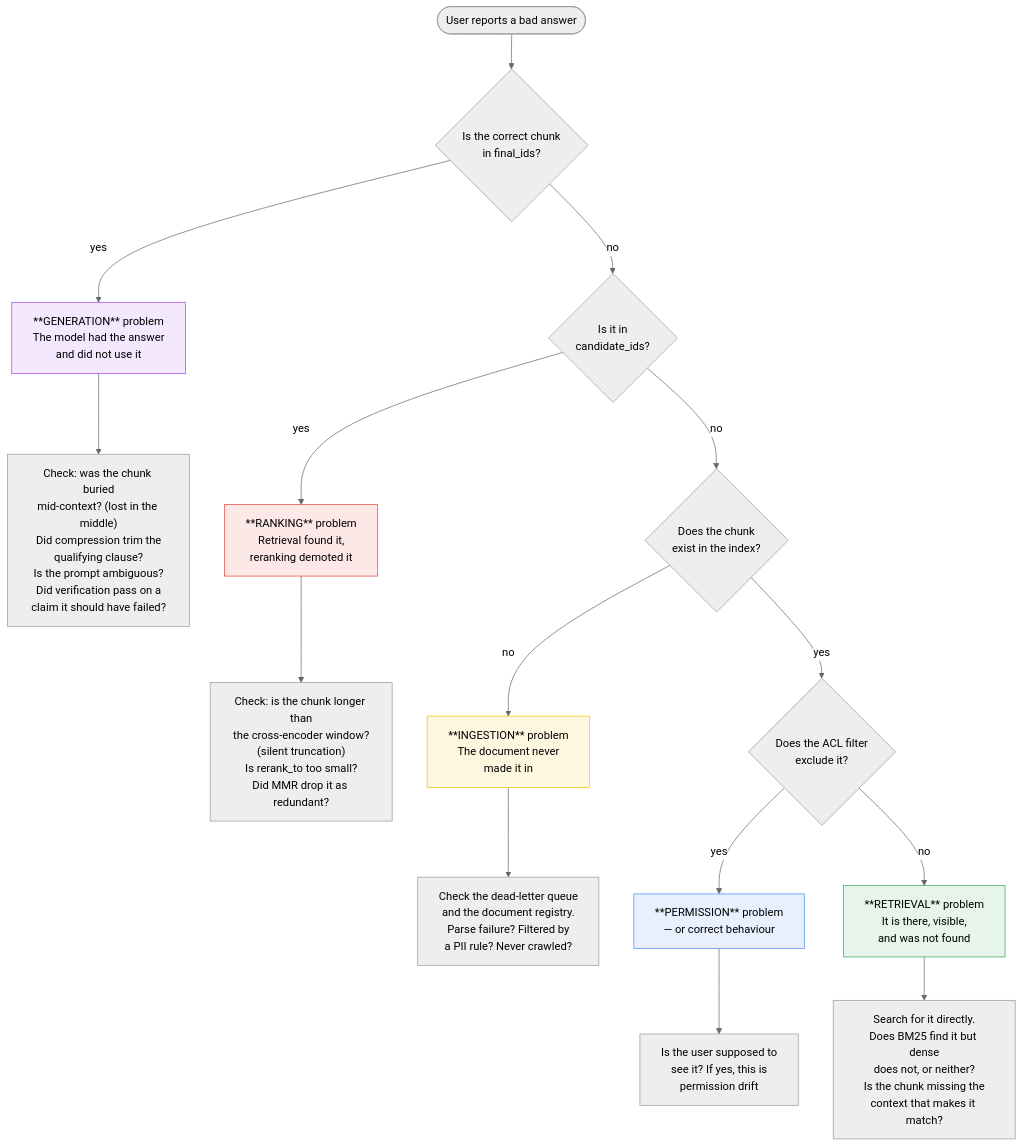
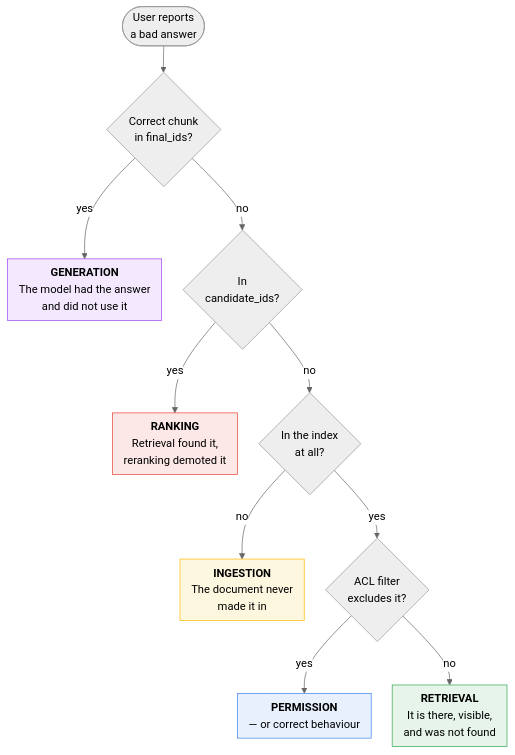
The first of 3 diagrams in rag/RAG_Operations.adoc (fibaneza/public-tmp), drawn with Mermaid (neutral theme) before and after one commit. The commit also changed other lines of this file and 19 other files, not shown here.

Commit message:
feat: add RAG observability guide, standardize mermaid diagrams, and update cross-references throughout documentation

```diff
--- a/rag/RAG_Operations.adoc
+++ b/rag/RAG_Operations.adoc
@@ -73,32 +80,28 @@
 [mermaid]
 ....
+%%{init: {"flowchart": {"nodeSpacing": 30, "rankSpacing": 38, "padding": 8}} }%%
 flowchart TB
-    S([User reports a bad answer]) --> Q1{Is the correct chunk<br/>in final_ids?}
+    S([User reports<br/>a bad answer]) --> Q1{Correct chunk<br/>in final_ids?}
 
-    Q1 -->|yes| G["**GENERATION** problem<br/>The model had the answer<br/>and did not use it"]
-    G --> G1["Check: was the chunk buried<br/>mid-context? (lost in the middle)<br/>Did compression trim the<br/>qualifying clause?<br/>Is the prompt ambiguous?<br/>Did verification pass on a<br/>claim it should have failed?"]
+    Q1 -->|yes| G["<b>GENERATION</b><br/>The model had the answer<br/>and did not use it"]
 
-    Q1 -->|no| Q2{Is it in<br/>candidate_ids?}
+    Q1 -->|no| Q2{In<br/>candidate_ids?}
 
-    Q2 -->|yes| R["**RANKING** problem<br/>Retrieval found it,<br/>reranking demoted it"]
-    R --> R1["Check: is the chunk longer than<br/>the cross-encoder window?<br/>(silent truncation)<br/>Is rerank_to too small?<br/>Did MMR drop it as redundant?"]
+    Q2 -->|yes| R["<b>RANKING</b><br/>Retrieval found it,<br/>reranking demoted it"]
 
-    Q2 -->|no| Q3{Does the chunk<br/>exist in the index?}
+    Q2 -->|no| Q3{In the index<br/>at all?}
 
-    Q3 -->|no| I["**INGESTION** problem<br/>The document never<br/>made it in"]
-    I --> I1["Check the dead-letter queue<br/>and the document registry.<br/>Parse failure? Filtered by<br/>a PII rule? Never crawled?"]
+    Q3 -->|no| I["<b>INGESTION</b><br/>The document never<br/>made it in"]
 
-    Q3 -->|yes| Q4{Does the ACL filter<br/>exclude it?}
+    Q3 -->|yes| Q4{ACL filter<br/>excludes it?}
 
-    Q4 -->|yes| A["**PERMISSION** problem<br/>— or correct behaviour"]
-    A --> A1["Is the user supposed to<br/>see it? If yes, this is<br/>permission drift"]
+    Q4 -->|yes| A["<b>PERMISSION</b><br/>— or correct behaviour"]
 
-    Q4 -->|no| RET["**RETRIEVAL** problem<br/>It is there, visible,<br/>and was not found"]
-    RET --> RET1["Search for it directly.<br/>Does BM25 find it but dense<br/>does not, or neither?<br/>Is the chunk missing the<br/>context that makes it match?"]
+    Q4 -->|no| RET["<b>RETRIEVAL</b><br/>It is there, visible,<br/>and was not found"]
 
     style G fill:#f3e8fd,stroke:#a142f4
     style R fill:#fce8e6,stroke:#ea4335
     style I fill:#fef7e0,stroke:#fbbc04
     style A fill:#e8f0fe,stroke:#4285f4
     style RET fill:#e6f4ea,stroke:#34a853
 ....
```
